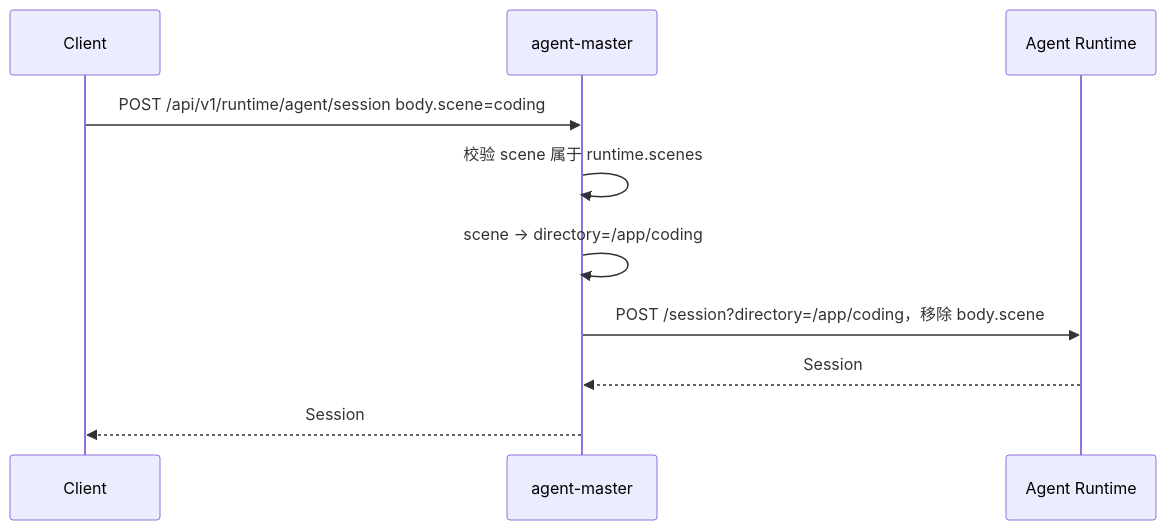
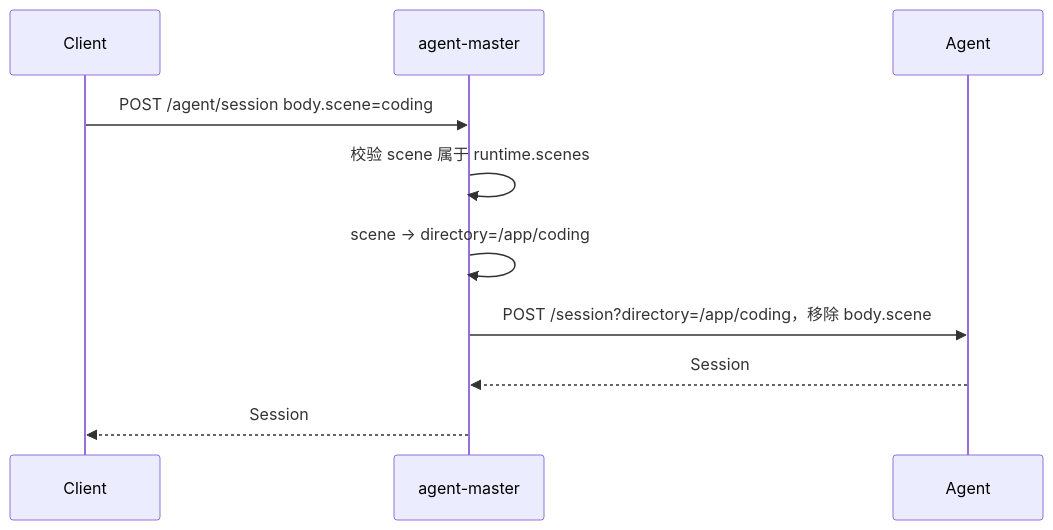
Before and after one commit to ArchAIHarness/agent-master: the third of 5 diagrams in API.md, drawn with Mermaid. The commit also changed other lines of this file and 24 other files, not shown here.

Commit message:
fix: restore stable runtime control flow

````diff
--- a/API.md
+++ b/API.md
@@ -107,13 +108,13 @@
 ```mermaid
 sequenceDiagram
     participant Client as Client
     participant Control as agent-master
-    participant Runtime as Agent Runtime
+    participant Agent as Agent
 
-    Client->>Control: POST /api/v1/runtime/agent/session body.scene=coding
+    Client->>Control: POST /agent/session body.scene=coding
     Control->>Control: 校验 scene 属于 runtime.scenes
     Control->>Control: scene -> directory=/app/coding
-    Control->>Runtime: POST /session?directory=/app/coding，移除 body.scene
-    Runtime-->>Control: Session
+    Control->>Agent: POST /session?directory=/app/coding，移除 body.scene
+    Agent-->>Control: Session
     Control-->>Client: Session
 ```
````
